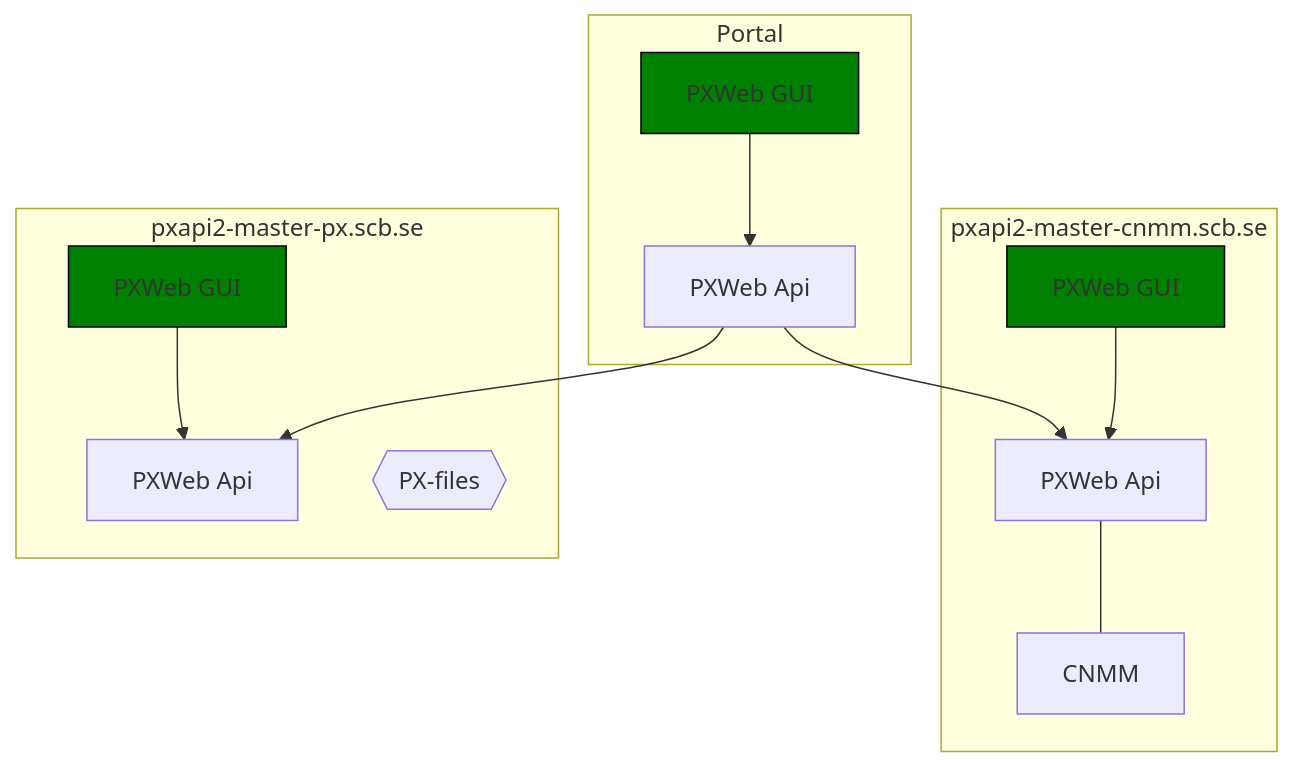
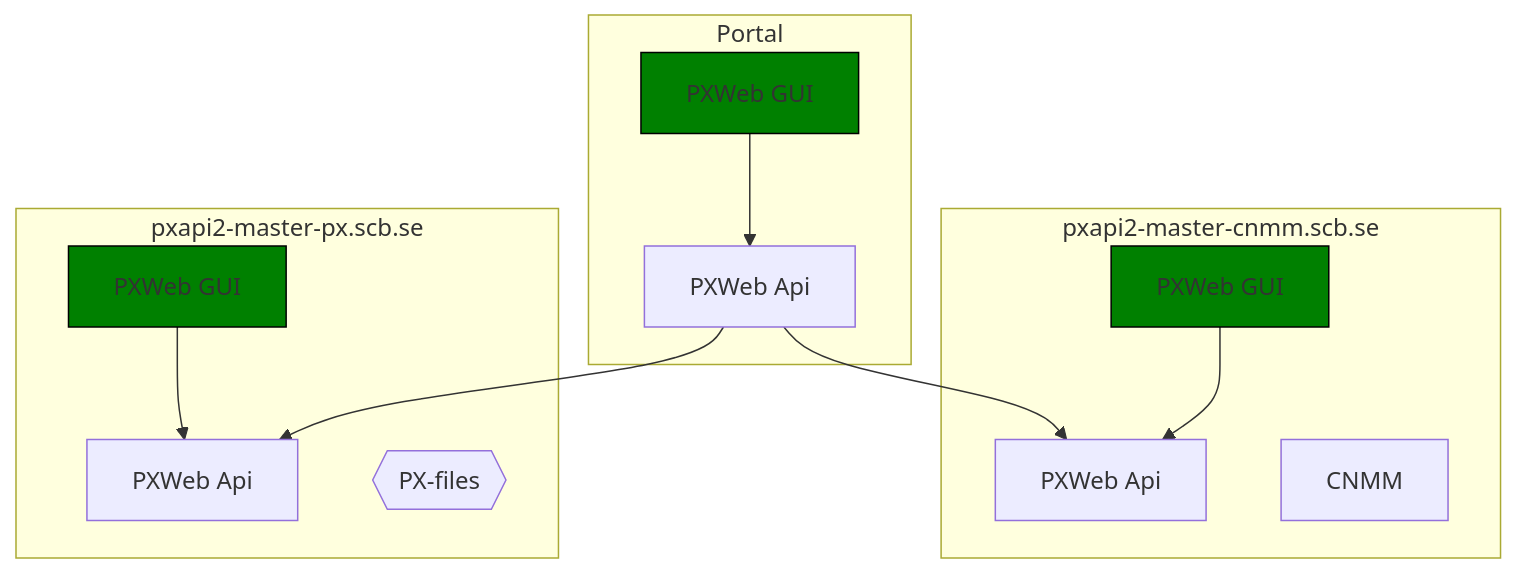
The first of 2 diagrams in PortalSketch.md (statisticssweden/PxWeb), drawn with Mermaid before and after one commit.

````diff
--- a/PortalSketch.md
+++ b/PortalSketch.md
@@ -2,29 +2,28 @@
 ```mermaid
 flowchart TB
    subgraph Portal
    PortalPXWeb[PXWeb GUI]:::guiStyle
    PortalPXWebApi[PXWeb Api]
    end 
    
    subgraph pxapi2-master-cnmm.scb.se
    SSBPXWeb[PXWeb GUI]:::guiStyle
    SSBPXWebApi[PXWeb Api]
    SSBBackend[CNMM]
-   SSBPXWebApi --- SSBBackend
    end
    
    
    subgraph pxapi2-master-px.scb.se
    SCBPXWeb[PXWeb GUI]:::guiStyle
    SCBPXWebApi[PXWeb Api]
    SCBBackend{{PX-files}}
    end
    
    PortalPXWeb --> PortalPXWebApi
    SSBPXWeb --> SSBPXWebApi
    
    PortalPXWebApi --> SSBPXWebApi
    PortalPXWebApi --> SCBPXWebApi
    SCBPXWeb --> SCBPXWebApi
    classDef guiStyle fill:green,stroke:black   
 ```
````
